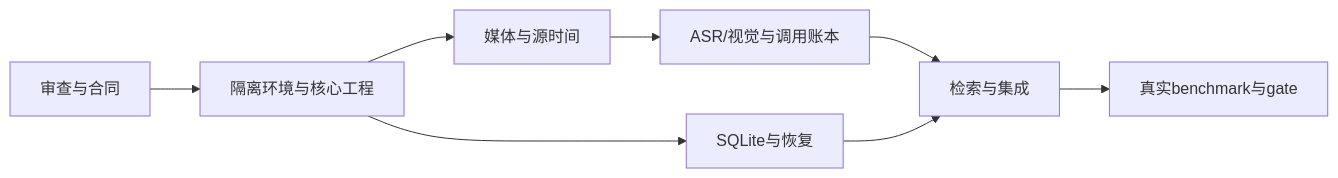
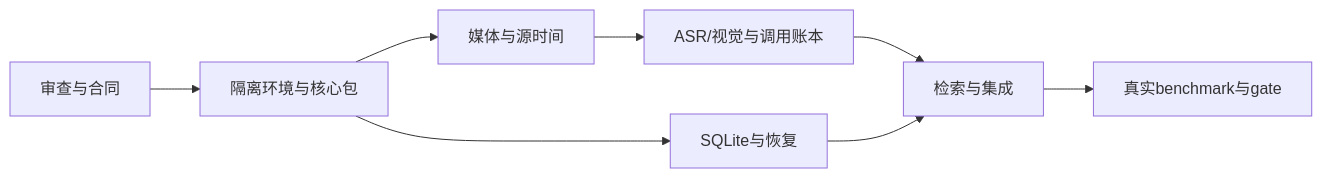
Before and after one commit to happye/GameingCreatorAgent: the diagram in docs/exec-plans/phase-0-plan.md, drawn with Mermaid. The commit also changed other lines of this file and 20 other files, not shown here.

````diff
--- a/docs/exec-plans/phase-0-plan.md
+++ b/docs/exec-plans/phase-0-plan.md
@@ -5,10 +5,10 @@
 ```mermaid
 flowchart LR
-    F000[审查与合同] --> F001[隔离环境与核心工程]
+    F000[审查与合同] --> F001[隔离环境与核心包]
     F001 --> F002[媒体与源时间]
     F002 --> F003[ASR/视觉与调用账本]
     F001 --> F004[SQLite与恢复]
     F003 --> F005[检索与集成]
     F004 --> F005
     F005 --> F006[真实benchmark与gate]
 ```
````
